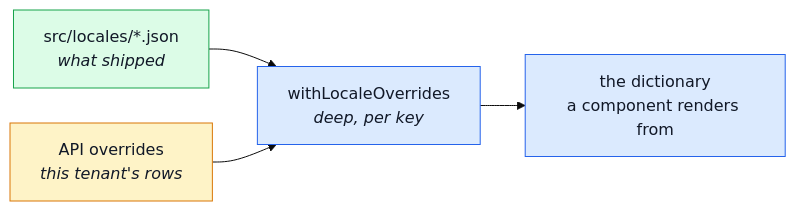
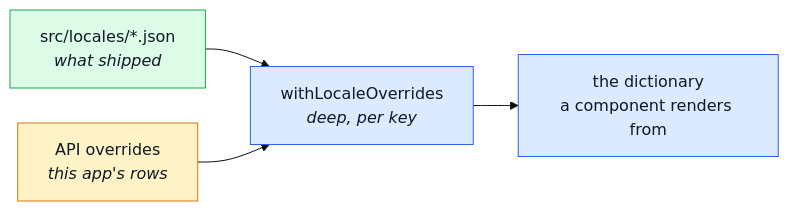
Before and after one commit to Guebbit/boilerplate-vue-frontend: the diagram in docs/tools/i18n.md, drawn with Mermaid (base theme). The commit also changed other lines of this file and 45 other files, not shown here.

First line of the commit message:
feat(locales): follow the app-scoped entry routes and the tenant-to-app rename

````diff
--- a/docs/tools/i18n.md
+++ b/docs/tools/i18n.md
@@ -14,14 +14,14 @@
 ```mermaid
 %%{init: {'flowchart': {'nodeSpacing': 35, 'rankSpacing': 45}}}%%
 flowchart LR
     Files["src/locales/*.json<br/><i>what shipped</i>"] --> Merge["withLocaleOverrides<br/><i>deep, per key</i>"]
-    Api["API overrides<br/><i>this tenant's rows</i>"] --> Merge
+    Api["API overrides<br/><i>this app's rows</i>"] --> Merge
     Merge --> Dict["the dictionary<br/>a component renders from"]
 
     classDef base fill:#dcfce7,stroke:#16a34a,color:#111827;
     classDef edit fill:#fef3c7,stroke:#d97706,color:#111827;
     classDef out fill:#dbeafe,stroke:#2563eb,color:#111827;
     class Files base;
     class Api edit;
     class Merge,Dict out;
 ```
````
